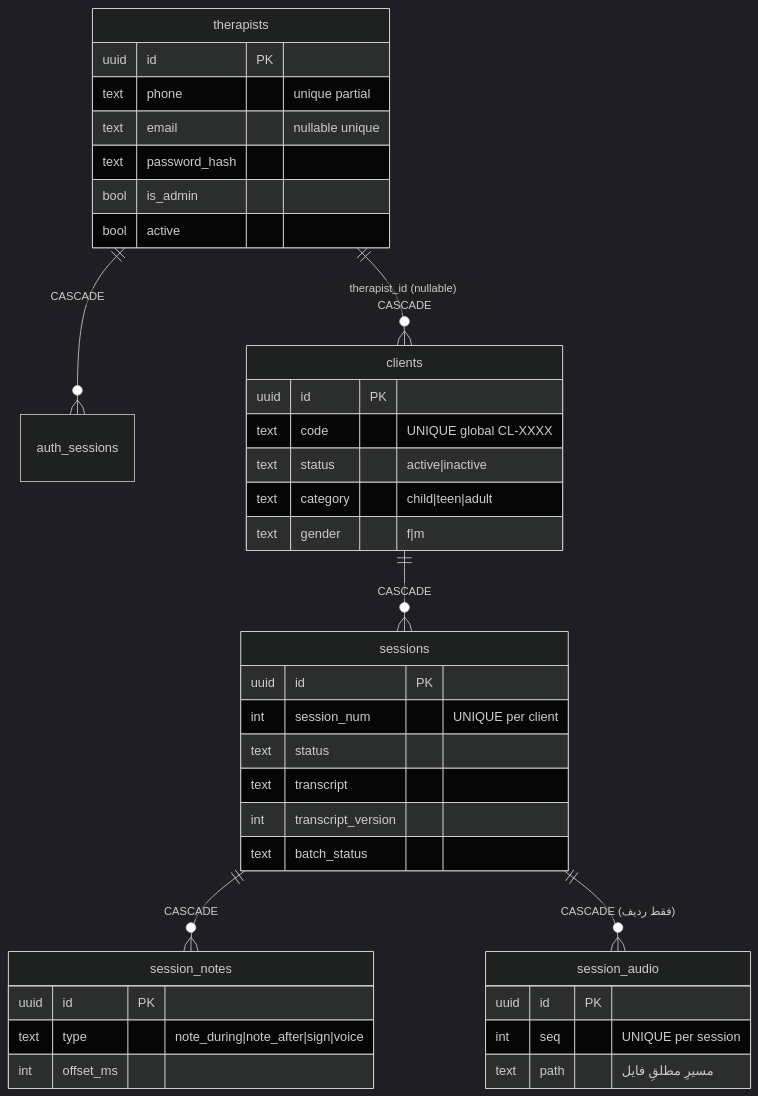
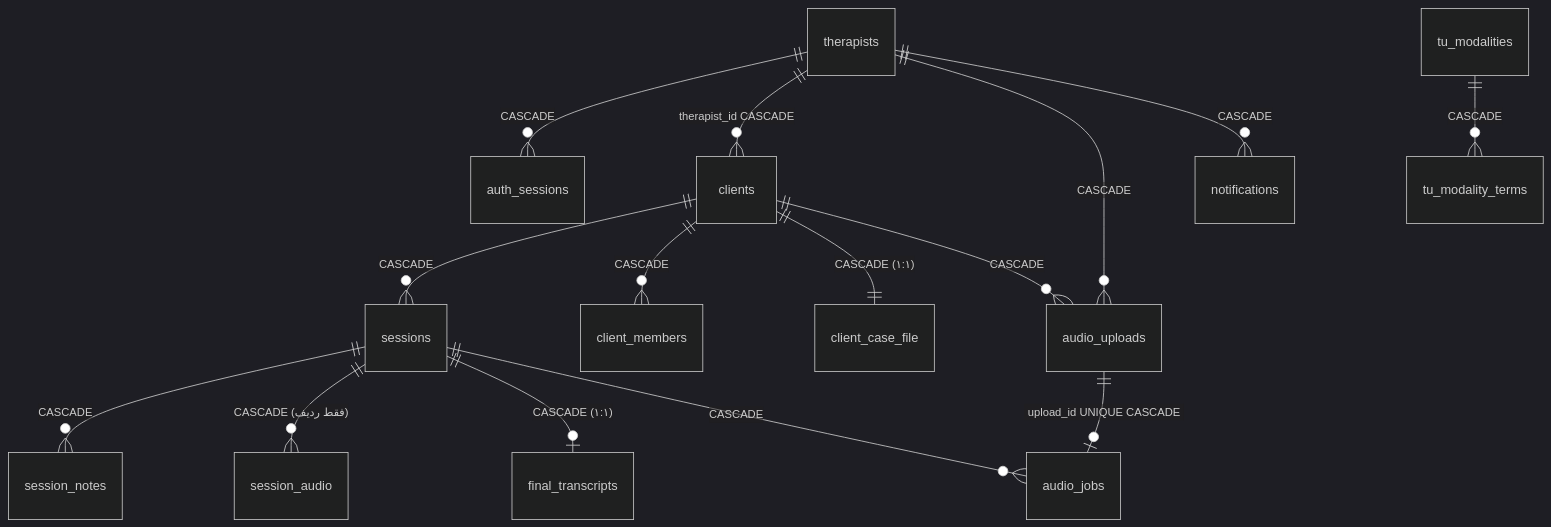
Before and after one commit to smohebzadeh86-hub/feeliaa: the first of 3 diagrams in docs/01-architecture/data-architecture.md, drawn with Mermaid (dark theme). The commit also changed other lines of this file and 63 other files, not shown here.

````diff
--- a/docs/01-architecture/data-architecture.md
+++ b/docs/01-architecture/data-architecture.md
@@ -25,41 +27,17 @@
 ```mermaid
 erDiagram
   therapists ||--o{ auth_sessions : "CASCADE"
-  therapists ||--o{ clients : "therapist_id (nullable) CASCADE"
+  therapists ||--o{ clients : "therapist_id CASCADE"
+  therapists ||--o{ audio_uploads : "CASCADE"
+  therapists ||--o{ notifications : "CASCADE"
   clients ||--o{ sessions : "CASCADE"
+  clients ||--o{ client_members : "CASCADE"
+  clients ||--|| client_case_file : "CASCADE (۱:۱)"
+  clients ||--o{ audio_uploads : "CASCADE"
   sessions ||--o{ session_notes : "CASCADE"
   sessions ||--o{ session_audio : "CASCADE (فقط ردیف)"
-  therapists {
-    uuid id PK
-    text phone "unique partial"
-    text email "nullable unique"
-    text password_hash
-    bool is_admin
-    bool active
-  }
-  clients {
-    uuid id PK
-    text code "UNIQUE global CL-XXXX"
-    text status "active|inactive"
-    text category "child|teen|adult"
-    text gender "f|m"
-  }
-  sessions {
-    uuid id PK
-    int session_num "UNIQUE per client"
-    text status
-    text transcript
-    int transcript_version
-    text batch_status
-  }
-  session_notes {
-    uuid id PK
-    text type "note_during|note_after|sign|voice"
-    int offset_ms
-  }
-  session_audio {
-    uuid id PK
-    int seq "UNIQUE per session"
-    text path "مسیرِ مطلقِ فایل"
-  }
+  sessions ||--o| final_transcripts : "CASCADE (۱:۱)"
+  sessions ||--o{ audio_jobs : "CASCADE"
+  audio_uploads ||--o| audio_jobs : "upload_id UNIQUE CASCADE"
+  tu_modalities ||--o{ tu_modality_terms : "CASCADE"
 ```
````
